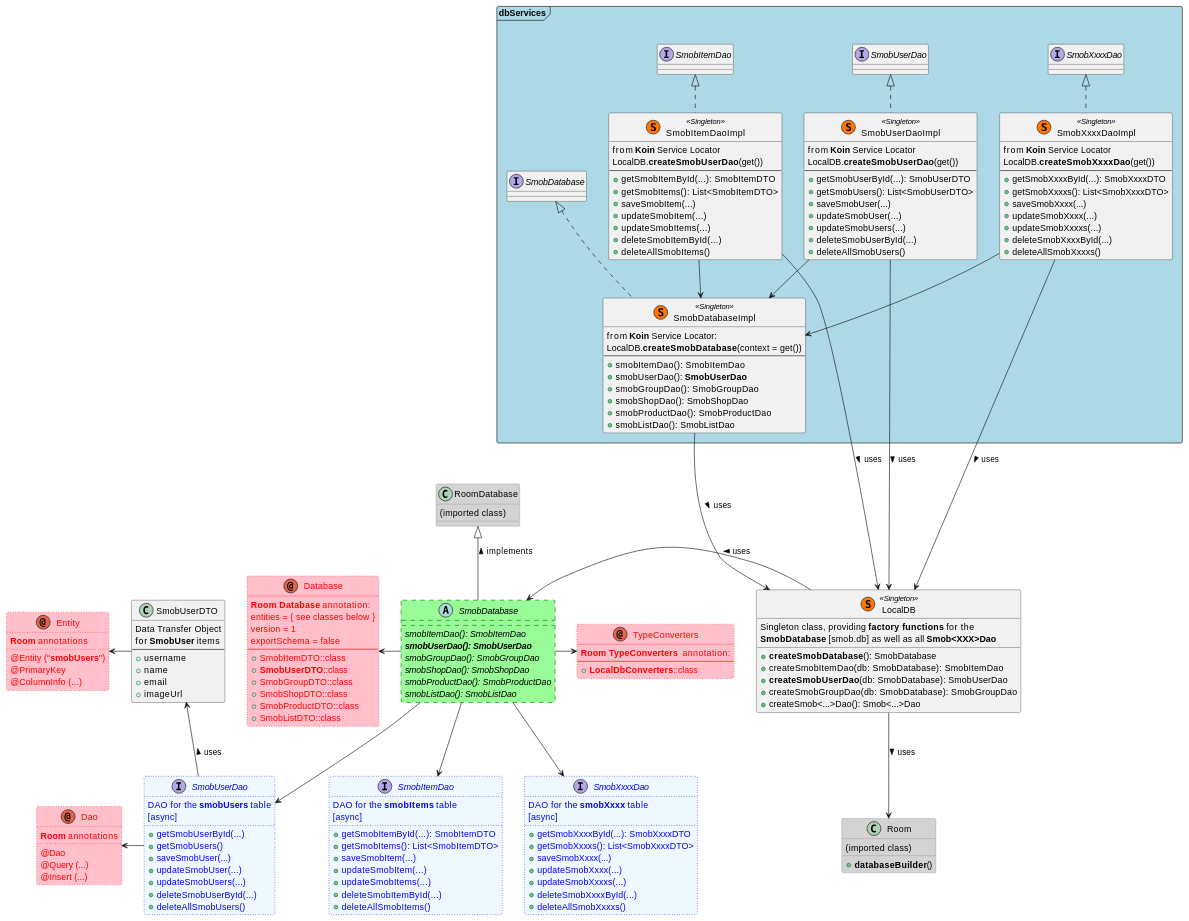
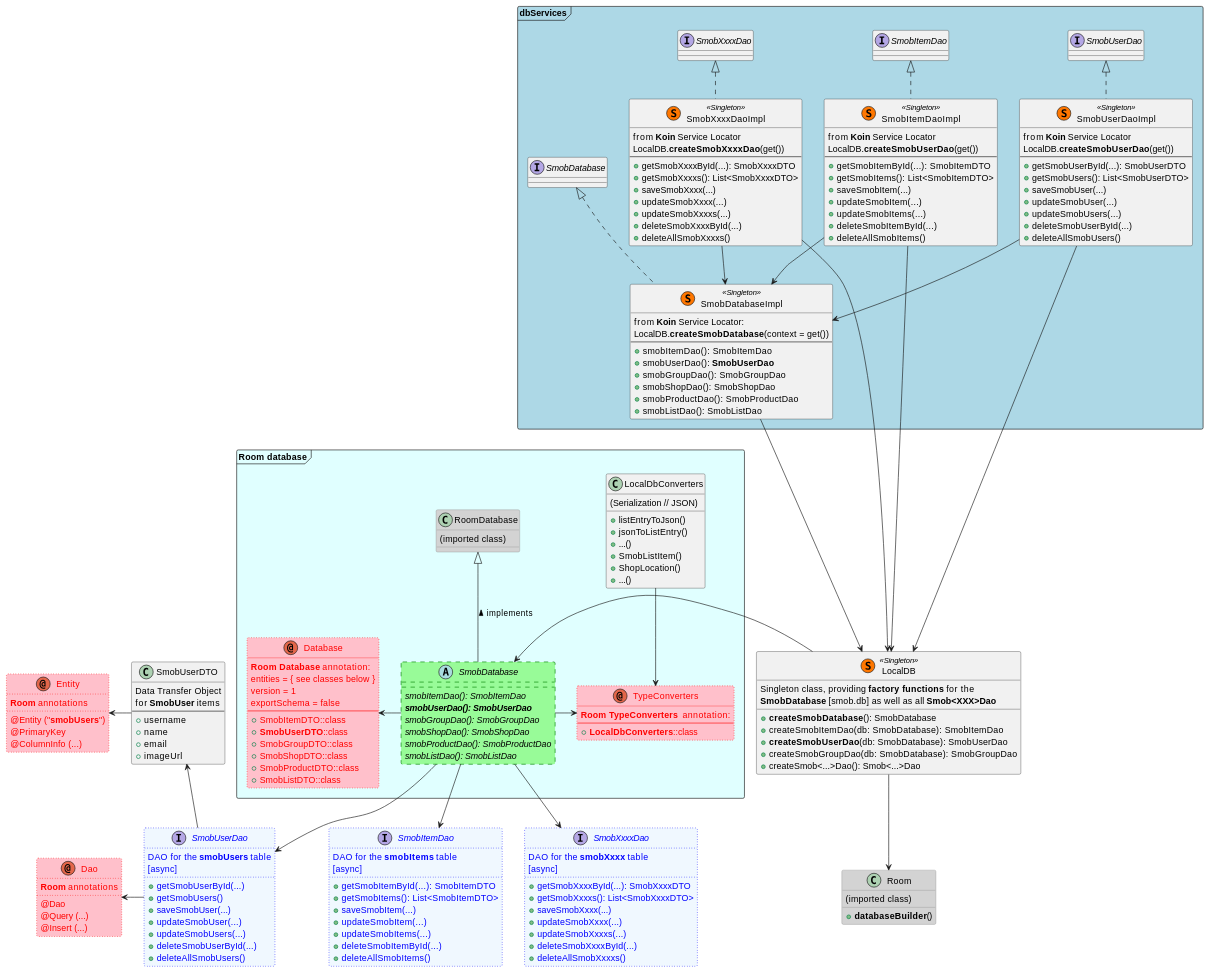
One commit to fwornle/ShopMob changed the diagram in doc/puml/localDB.md. Above: the diagram before and after it, drawn with PlantUML. The commit also changed 1 other file, not shown here.

Commit message:
update room DB UML

````diff
--- a/doc/puml/localDB.md
+++ b/doc/puml/localDB.md
@@ -1,44 +1,60 @@
 ```plantuml
 @startuml
 
-class RoomDatabase #lightgray ##gray {
-    {field} (imported class)
-} 
+frame "Room database" #Lightcyan {
 
-abstract SmobDatabase #palegreen ##[dashed]green {
-  {abstract} smobItemDao(): SmobItemDao
-  {abstract} **smobUserDao(): SmobUserDao**
-  {abstract} smobGroupDao(): SmobGroupDao
-  {abstract} smobShopDao(): SmobShopDao
-  {abstract} smobProductDao(): SmobProductDao
-  {abstract} smobListDao(): SmobListDao
-}
-
-SmobDatabase -up-|> RoomDatabase : implements >
-
-annotation Database #pink;line:red;line.dotted;text:red {
-    **Room Database** annotation:
-    entities = { see classes below }
-    version = 1
-    exportSchema = false
-    ---
-  +SmobItemDTO::class
-  +**SmobUserDTO**::class
-  +SmobGroupDTO::class
-  +SmobShopDTO::class
-  +SmobProductDTO::class
-  +SmobListDTO::class
-}
-
-annotation TypeConverters #pink;line:red;line.dotted;text:red {
-    **Room TypeConverters ** annotation:
-    ---
-  +**LocalDbConverters**::class
-}
-
-together {
-    SmobDatabase -left-> Database
-    SmobDatabase -right-> TypeConverters
+    class RoomDatabase #lightgray ##gray {
+        {field} (imported class)
+    } 
+    
+    abstract SmobDatabase #palegreen ##[dashed]green {
+      {abstract} smobItemDao(): SmobItemDao
+      {abstract} **smobUserDao(): SmobUserDao**
+      {abstract} smobGroupDao(): SmobGroupDao
+      {abstract} smobShopDao(): SmobShopDao
+      {abstract} smobProductDao(): SmobProductDao
+      {abstract} smobListDao(): SmobListDao
+    }
+    
+    SmobDatabase -up-|> RoomDatabase : implements >
+    
+    annotation Database #pink;line:red;line.dotted;text:red {
+        **Room Database** annotation:
+        entities = { see classes below }
+        version = 1
+        exportSchema = false
+        ---
+      +SmobItemDTO::class
+      +**SmobUserDTO**::class
+      +SmobGroupDTO::class
+      +SmobShopDTO::class
+      +SmobProductDTO::class
+      +SmobListDTO::class
+    }
+    
+    annotation TypeConverters #pink;line:red;line.dotted;text:red {
+        **Room TypeConverters ** annotation:
+        ---
+      +**LocalDbConverters**::class
+    }
+    
+    together {
+        SmobDatabase -left-> Database
+        SmobDatabase -right-> TypeConverters
+    }
+    
+    class LocalDbConverters {
+        {field} (Serialization // JSON)
+        + listEntryToJson()
+        + jsonToListEntry()
+        + ...()
+        + SmobListItem()
+        + ShopLocation()
+        + ...()
+    }
+     
+    LocalDbConverters -down-> TypeConverters
+ 
 }
 
 interface SmobItemDao #aliceblue;line:blue;line.dotted;text:blue {
@@ -100,8 +116,8 @@
  + **databaseBuilder**()
  }
 
-LocalDB -left-> SmobDatabase : uses >
-LocalDB -down-> Room : uses >
+LocalDB -left-> SmobDatabase
+LocalDB -down-> Room
 
 
 class SmobUserDTO {
@@ -114,7 +130,7 @@
     +imageUrl
 }
     
-SmobUserDao -up-> SmobUserDTO : uses >
+SmobUserDao -up-> SmobUserDTO
 
 annotation Entity #pink;line:red;line.dotted;text:red {
    **Room** annotations
@@ -194,10 +210,10 @@
 }
 
 together {
-    LocalDB <-up-- SmobDatabaseImpl : uses <
-    LocalDB <-up-- SmobUserDaoImpl : uses <
-    LocalDB <-up-- SmobItemDaoImpl : uses <
-    LocalDB <-up-- SmobXxxxDaoImpl : uses <
+    LocalDB <-up-- SmobDatabaseImpl
+    LocalDB <-up-- SmobUserDaoImpl
+    LocalDB <-up-- SmobItemDaoImpl
+    LocalDB <-up-- SmobXxxxDaoImpl
 }
 
 @enduml
````
